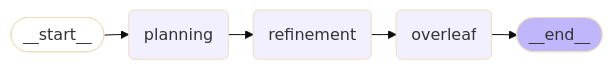
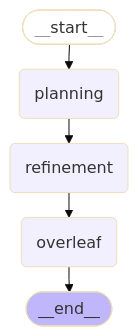
One commit to flatala/langgraph-research changed the diagram in graph_diagrams/main_graph.mmd. Above: the diagram before and after it, drawn with Mermaid (base theme). The commit also changed 3 other files, not shown here.

Commit message:
fix overall graph

```diff
--- a/graph_diagrams/main_graph.mmd
+++ b/graph_diagrams/main_graph.mmd
@@ -1,20 +1,20 @@
 ---
 config:
   flowchart:
     curve: linear
     nodeSpacing: 15
     rankSpacing: 25
 ---
-graph LR;
+graph TD;
 	__start__([<p>__start__</p>]):::first
 	planning(planning)
 	refinement(refinement)
 	overleaf(overleaf)
 	__end__([<p>__end__</p>]):::last
 	__start__ --> planning;
 	planning --> refinement;
 	refinement --> overleaf;
 	overleaf --> __end__;
 	classDef default fill:#f2f0ff,line-height:1.2
 	classDef first fill-opacity:0
 	classDef last fill:#bfb6fc
```
